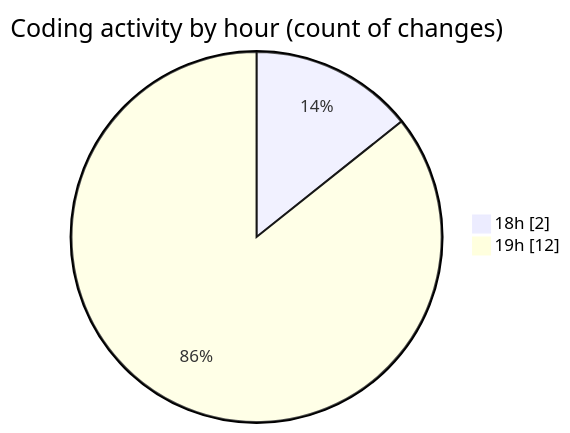
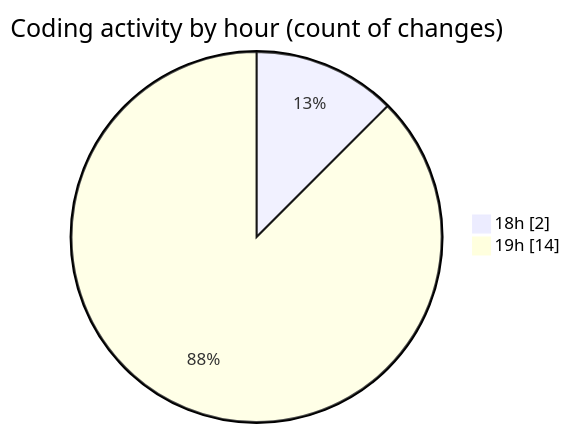
One commit to CELIANVF/code-tracking changed the second of 2 diagrams in 2025-05-22/ecodeli-1/README.md. Above: the diagram before and after it, drawn with Mermaid. The commit also changed other lines of this file and 1 other file, not shown here.

````diff
--- a/2025-05-22/ecodeli-1/README.md
+++ b/2025-05-22/ecodeli-1/README.md
@@ -35,6 +35,6 @@
 ```mermaid
 pie showData
 title Coding activity by hour (count of changes)
 "18h" : 2
-"19h" : 12
+"19h" : 14
 ```
````
